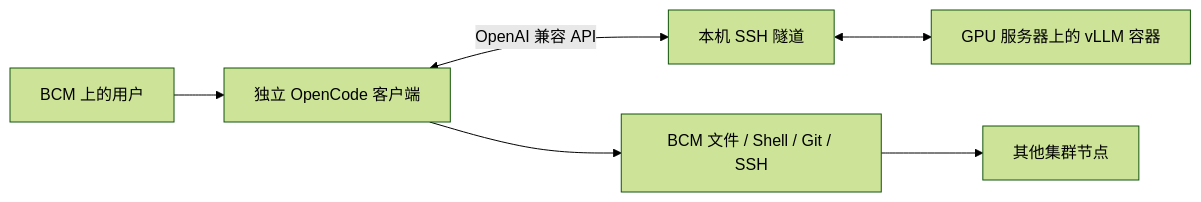
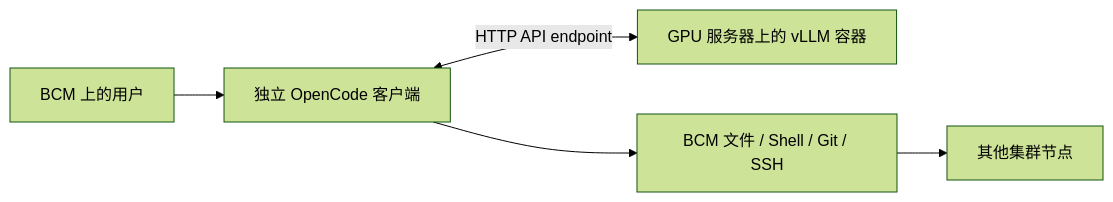
One commit to junli-nv/local-ai changed the diagram in README.md. Above: the diagram before and after it, drawn with Mermaid (forest theme). The commit also changed other lines of this file and 21 other files, not shown here.

Commit message:
refactor: 统一 API 端点连接并移除 SSH 隧道与 doctor

````diff
--- a/README.md
+++ b/README.md
@@ -11,8 +11,7 @@
 ```mermaid
 flowchart LR
     User[BCM 上的用户] --> Client[独立 OpenCode 客户端]
-    Client <-->|OpenAI 兼容 API| Tunnel[本机 SSH 隧道]
-    Tunnel <--> GPU[GPU 服务器上的 vLLM 容器]
+    Client <-->|HTTP API endpoint| GPU[GPU 服务器上的 vLLM 容器]
     Client --> Tools[BCM 文件 / Shell / Git / SSH]
     Tools --> Nodes[其他集群节点]
 ```
````
